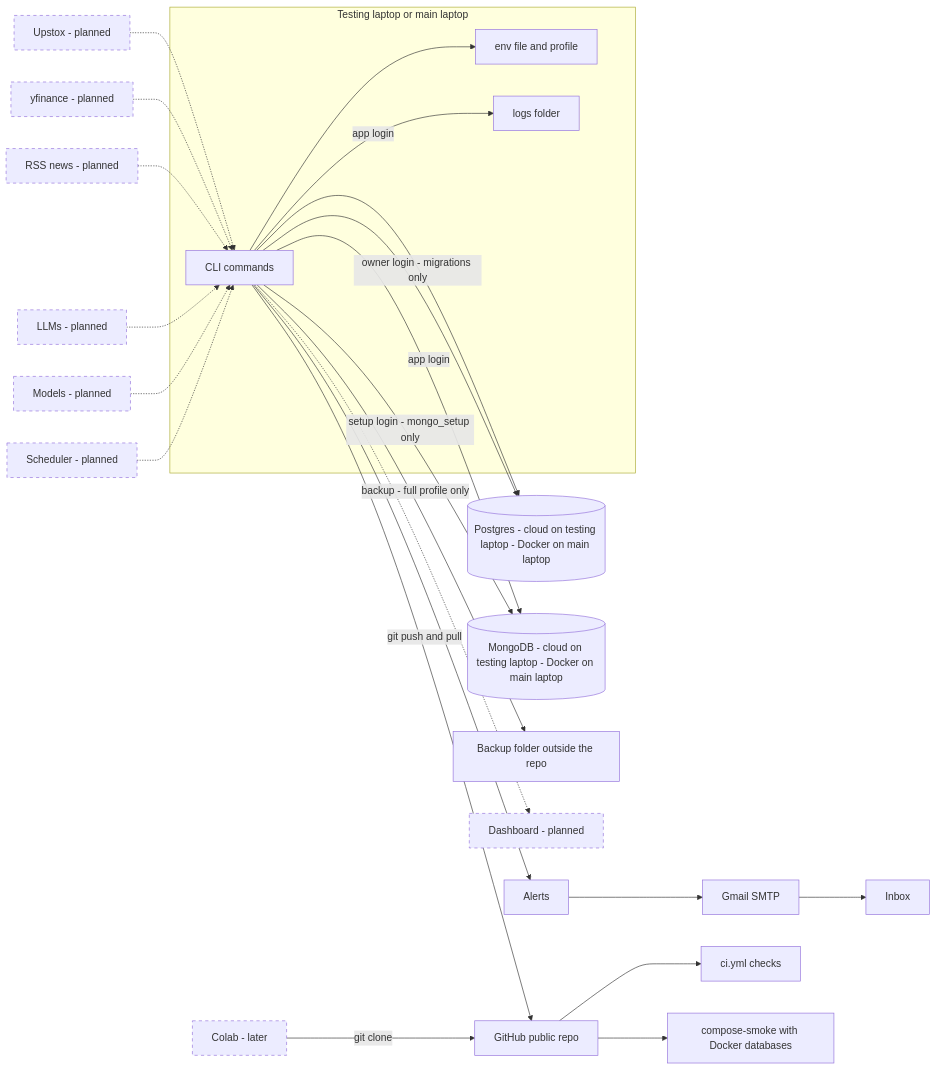
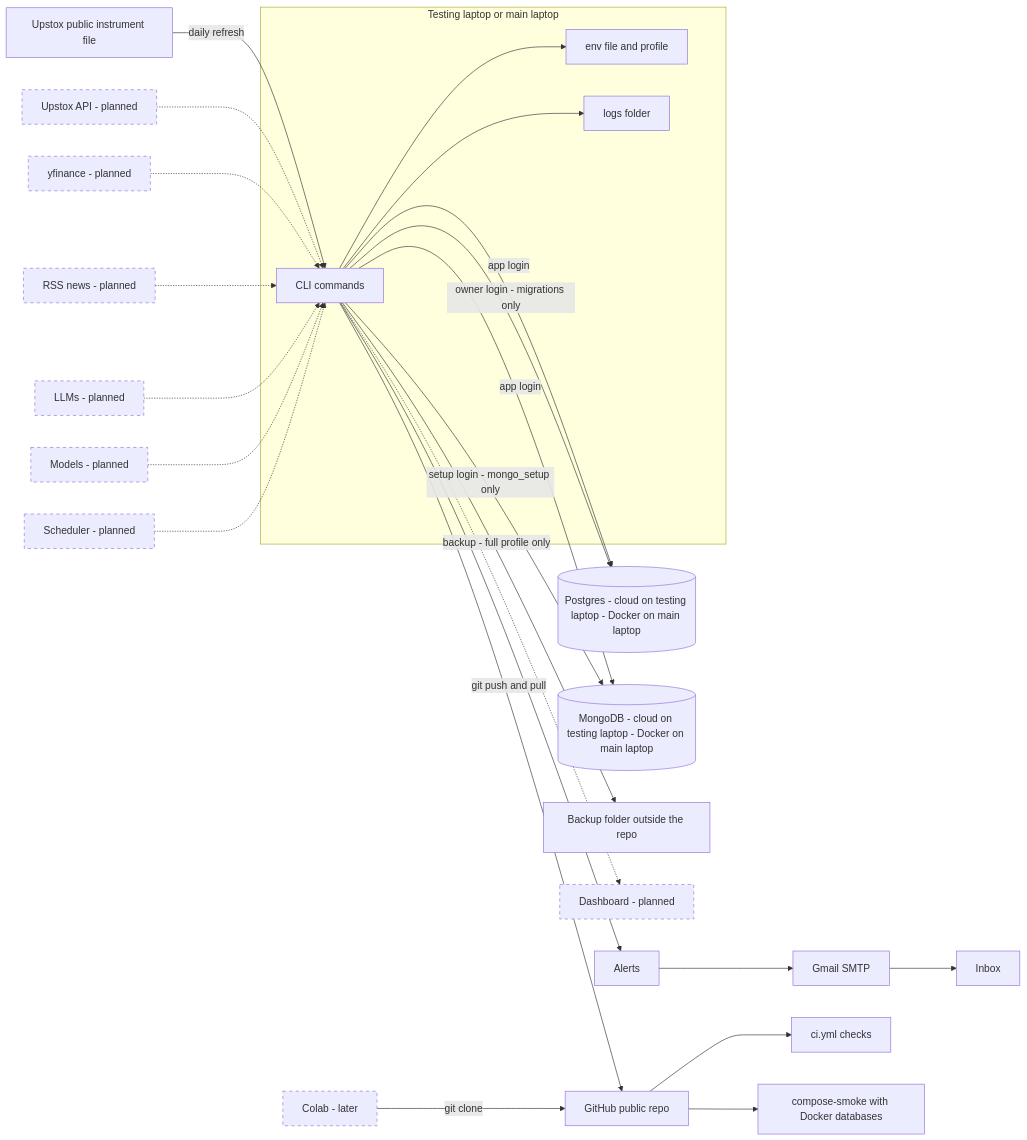
Before and after one commit to MichkelAngloJ/market-intel: the first of 2 diagrams in docs/architecture.md, drawn with Mermaid. The commit also changed other lines of this file and 3 other files, not shown here.

````diff
--- a/docs/architecture.md
+++ b/docs/architecture.md
@@ -17,33 +17,34 @@
 ```mermaid
 flowchart LR
     subgraph Laptop[Testing laptop or main laptop]
         CLI[CLI commands]
         CFG[env file and profile]
         LOGS[logs folder]
     end
     CLI --> CFG
     CLI --> LOGS
     CLI --> ALERTS[Alerts]
     ALERTS --> SMTP[Gmail SMTP]
     SMTP --> INBOX[Inbox]
     CLI -->|app login| PG[(Postgres - cloud on testing laptop - Docker on main laptop)]
     CLI -->|owner login - migrations only| PG
     CLI -->|app login| MDB[(MongoDB - cloud on testing laptop - Docker on main laptop)]
     CLI -->|setup login - mongo_setup only| MDB
     CLI -->|backup - full profile only| BAK[Backup folder outside the repo]
     CLI -->|git push and pull| GH[GitHub public repo]
     GH --> CI[ci.yml checks]
     GH --> SMOKE[compose-smoke with Docker databases]
     COLAB[Colab - later] -->|git clone| GH
 
-    UPSTOX[Upstox - planned] -.-> CLI
+    UPFILE[Upstox public instrument file] -->|daily refresh| CLI
+    UPSTOX[Upstox API - planned] -.-> CLI
     YF[yfinance - planned] -.-> CLI
     RSS[RSS news - planned] -.-> CLI
     LLM[LLMs - planned] -.-> CLI
     MODELS[Models - planned] -.-> CLI
     SCHED[Scheduler - planned] -.-> CLI
     CLI -.-> DASH[Dashboard - planned]
 
     classDef planned stroke-dasharray: 5 5
     class UPSTOX,YF,RSS,LLM,MODELS,SCHED,DASH,COLAB planned
 ```
````
